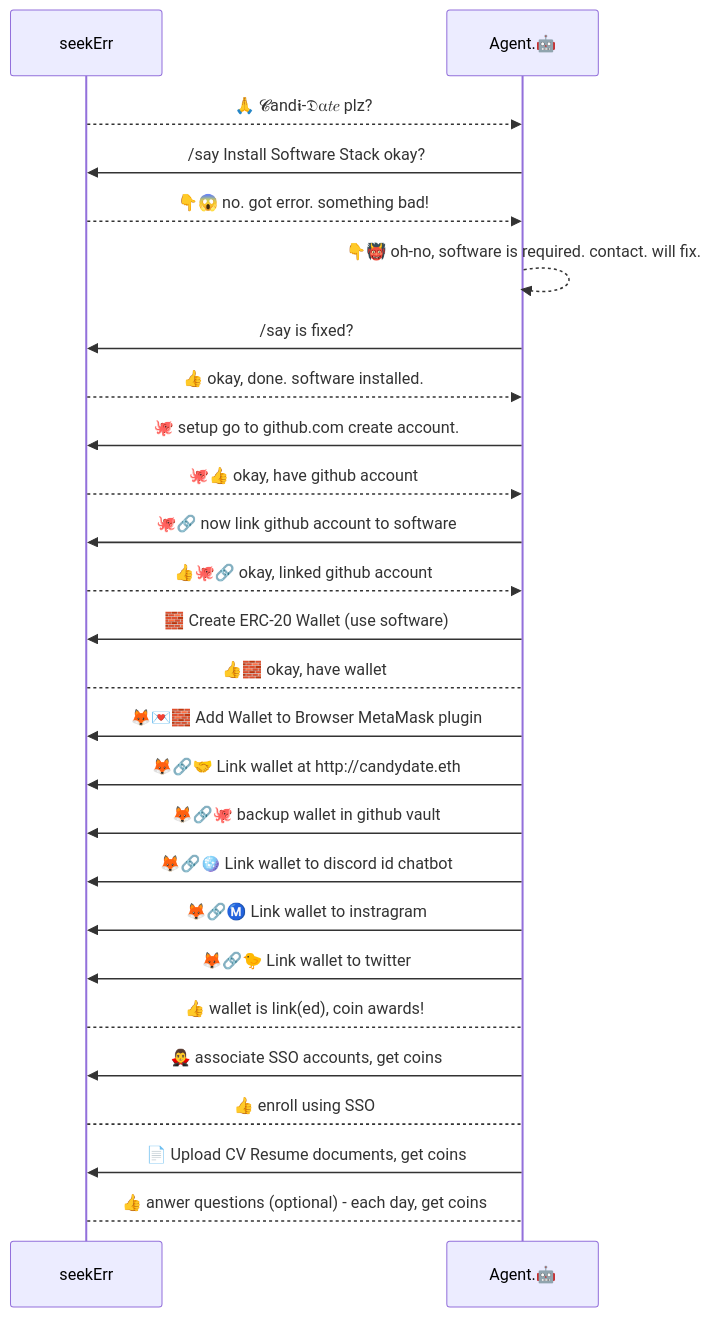
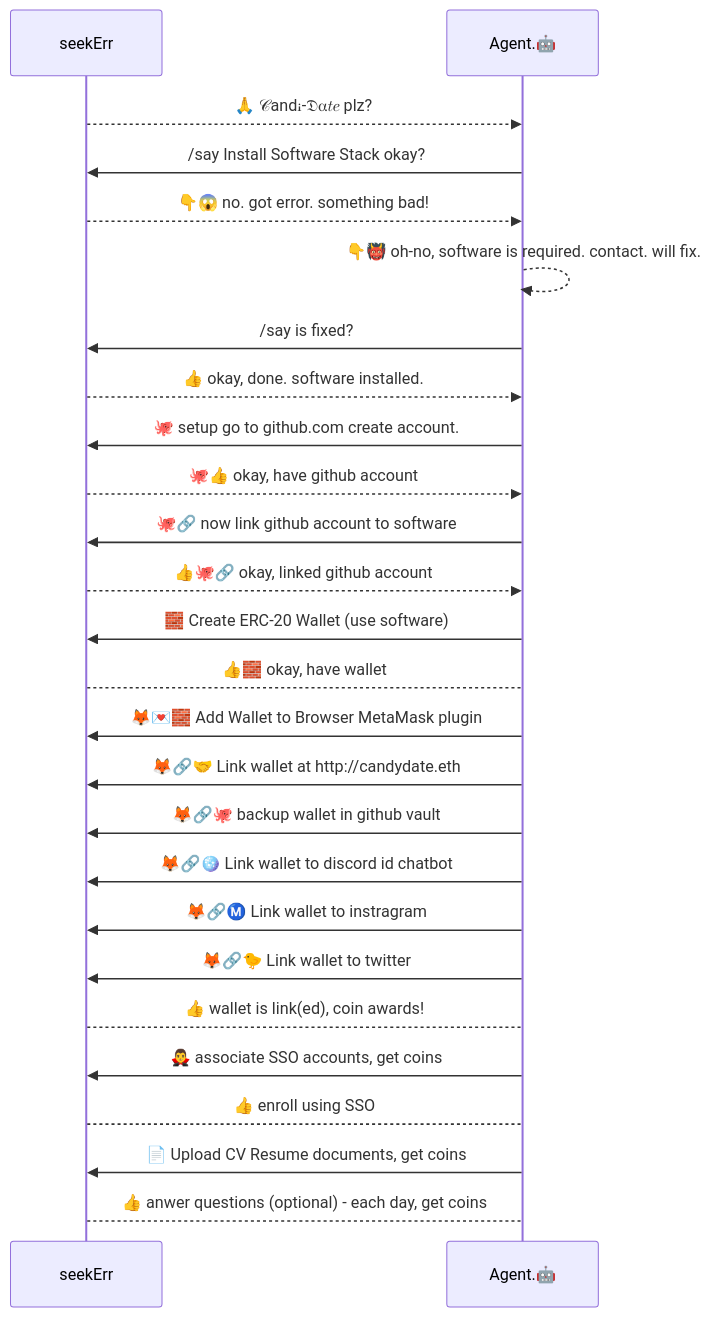
One commit to candi-date-xyz/candi-date changed the third of 3 diagrams in README.md. Above: the diagram before and after it, drawn with Mermaid. The commit also changed other lines of this file, not shown here.

````diff
--- a/README.md
+++ b/README.md
@@ -322,36 +322,36 @@
 ```mermaid
 sequenceDiagram
     participant S as seekErr
     actor S
     participant A as Agent.🤖
-    S -->> A: 🙏 𝓒and𝖎-𝔇⍺𝑡𝑒 plz? 
+    S -->> A: 🙏 𝒞andꭵ-𝔇⍺𝑡𝑒 plz? 
     A ->> S: /say Install Software Stack okay?
     S -->> A: 👇😱 no. got error. something bad! 
     A -->> A: 👇👹 oh-no, software is required. contact. will fix.
     A ->> S: /say is fixed?
 
     S -->> A: 👍 okay, done. software installed.
     A ->> S: 🐙 setup go to github.com create account.
     S -->> A: 🐙👍 okay, have github account
     A ->> S: 🐙🔗 now link github account to software
     S -->> A: 👍🐙🔗 okay, linked github account
 
     A ->> S: 🧱 Create ERC-20 Wallet (use software)
     S --> A: 👍🧱 okay, have wallet
     A ->> S: 🦊💌🧱 Add Wallet to Browser MetaMask plugin
 
     A ->> S: 🦊🔗🤝 Link wallet at http://candydate.eth
     A ->> S: 🦊🔗🐙 backup wallet in github vault
     A ->> S: 🦊🔗🪩 Link wallet to discord id chatbot
     A ->> S: 🦊🔗Ⓜ️ Link wallet to instragram
     A ->> S: 🦊🔗🐤 Link wallet to twitter
  
     
     S --> A: 👍 wallet is link(ed), coin awards!
     A ->> S: 🧛‍♂️ associate SSO accounts, get coins
 
     S --> A: 👍 enroll using SSO
     A ->> S: 📄 Upload CV Resume documents, get coins
     S --> A: 👍 anwer questions (optional) - each day, get coins
 
 ```
````
